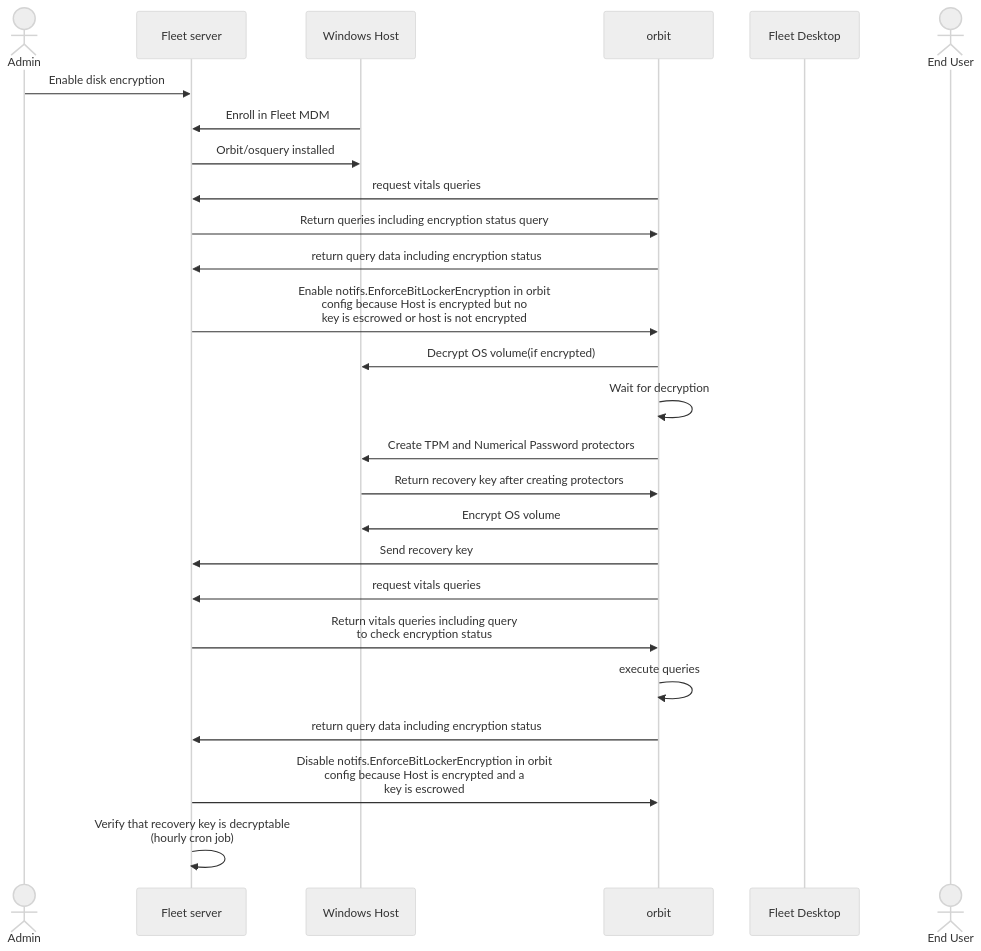
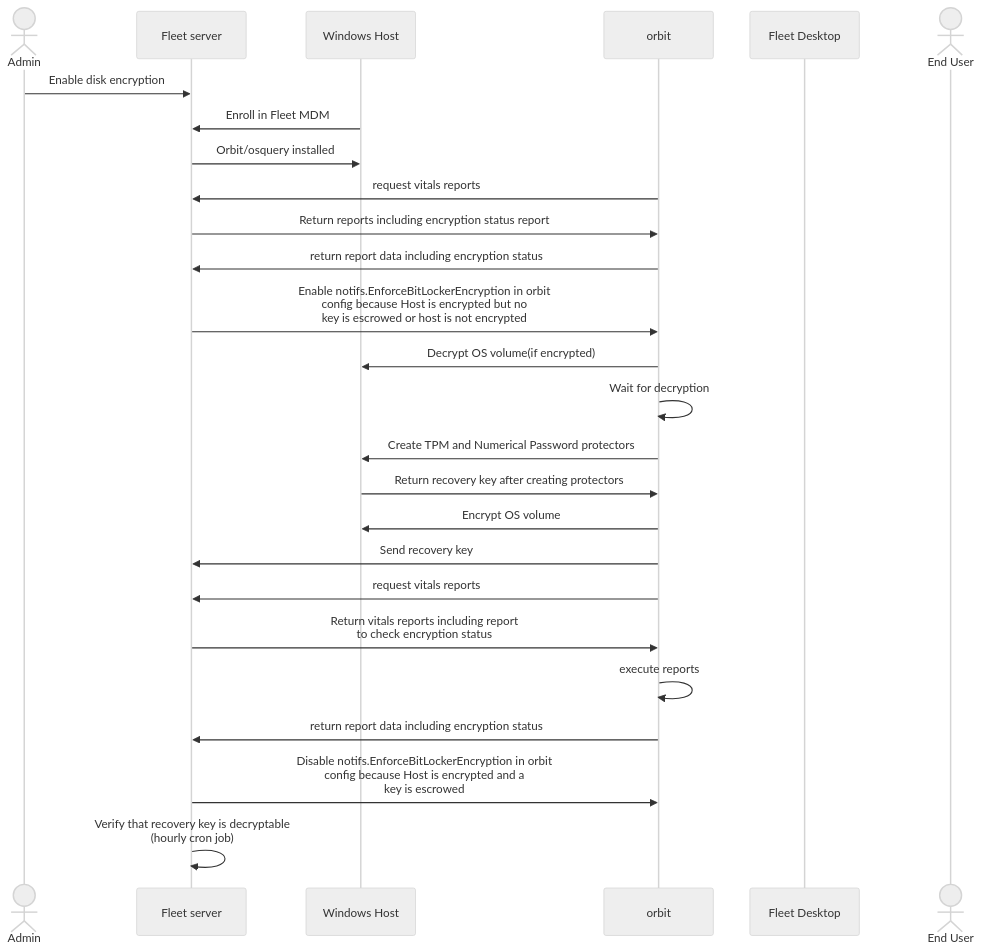
The third of 4 diagrams in docs/Contributing/architecture/mdm/disk-encryption.md (fleetdm/fleet), drawn with Mermaid (neutral theme) before and after one commit. The commit also changed other lines of this file and 48 other files, not shown here.

First line of the commit message:
Update reference docs for teams→fleets and queries→reports rename

````diff
--- a/docs/Contributing/architecture/mdm/disk-encryption.md
+++ b/docs/Contributing/architecture/mdm/disk-encryption.md
@@ -126,28 +126,28 @@
 ```mermaid
 sequenceDiagram
         actor Admin
         participant fleet as Fleet server
         participant host as Windows Host
         participant fleetd as orbit
         participant desktop as Fleet Desktop
         actor user as End User
         Admin->>fleet: Enable disk encryption
         host->>fleet: Enroll in Fleet MDM
         fleet->>host: Orbit/osquery installed
-        fleetd->>fleet: request vitals queries
-        fleet->>fleetd: Return queries including encryption status query
-        fleetd->>fleet: return query data including encryption status
+        fleetd->>fleet: request vitals reports
+        fleet->>fleetd: Return reports including encryption status report
+        fleetd->>fleet: return report data including encryption status
         fleet->>fleetd: Enable notifs.EnforceBitLockerEncryption in orbit<br>config because Host is encrypted but no<br>key is escrowed or host is not encrypted
         fleetd->>host: Decrypt OS volume(if encrypted)
         fleetd->>fleetd: Wait for decryption
         fleetd->>host: Create TPM and Numerical Password protectors
         host->>fleetd: Return recovery key after creating protectors
         fleetd->>host: Encrypt OS volume
         fleetd->>fleet: Send recovery key
-        fleetd->>fleet: request vitals queries
-        fleet->>fleetd: Return vitals queries including query<br>to check encryption status
-        fleetd->>fleetd: execute queries
-        fleetd->>fleet: return query data including encryption status
+        fleetd->>fleet: request vitals reports
+        fleet->>fleetd: Return vitals reports including report<br>to check encryption status
+        fleetd->>fleetd: execute reports
+        fleetd->>fleet: return report data including encryption status
         fleet->>fleetd: Disable notifs.EnforceBitLockerEncryption in orbit<br>config because Host is encrypted and a<br>key is escrowed
         fleet->>fleet: Verify that recovery key is decryptable<br>(hourly cron job)
 ```
````
